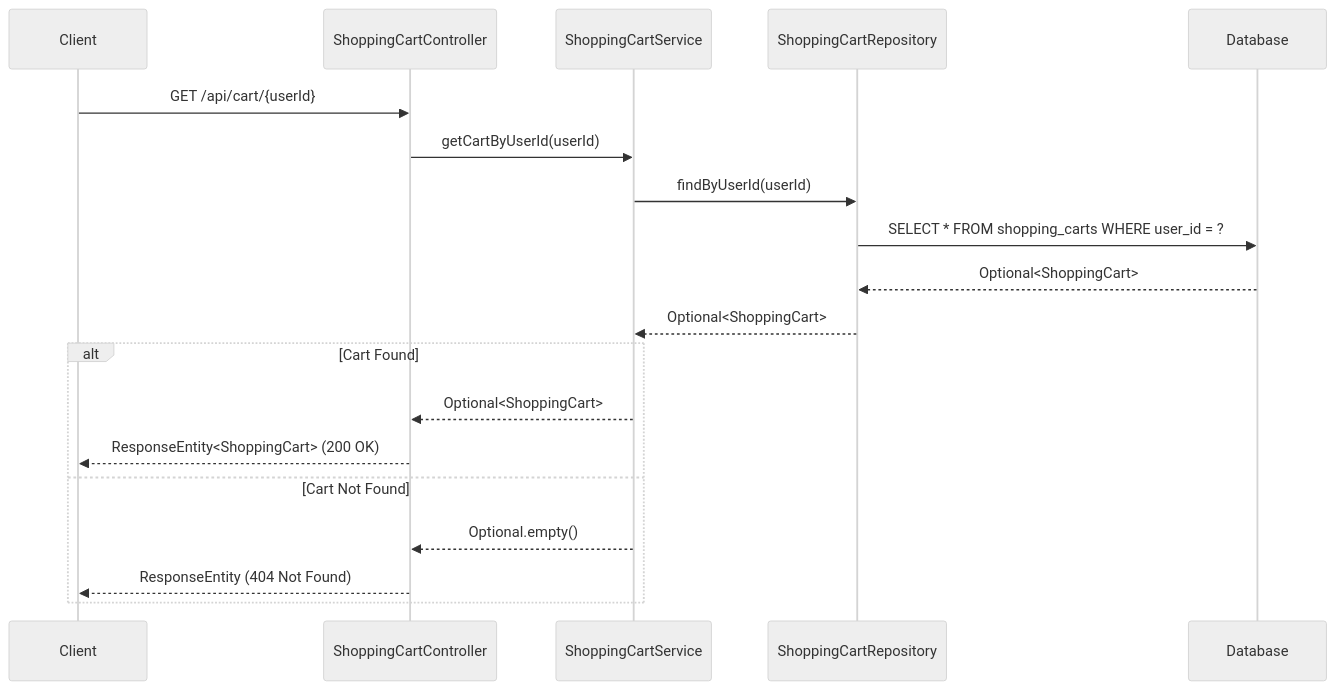
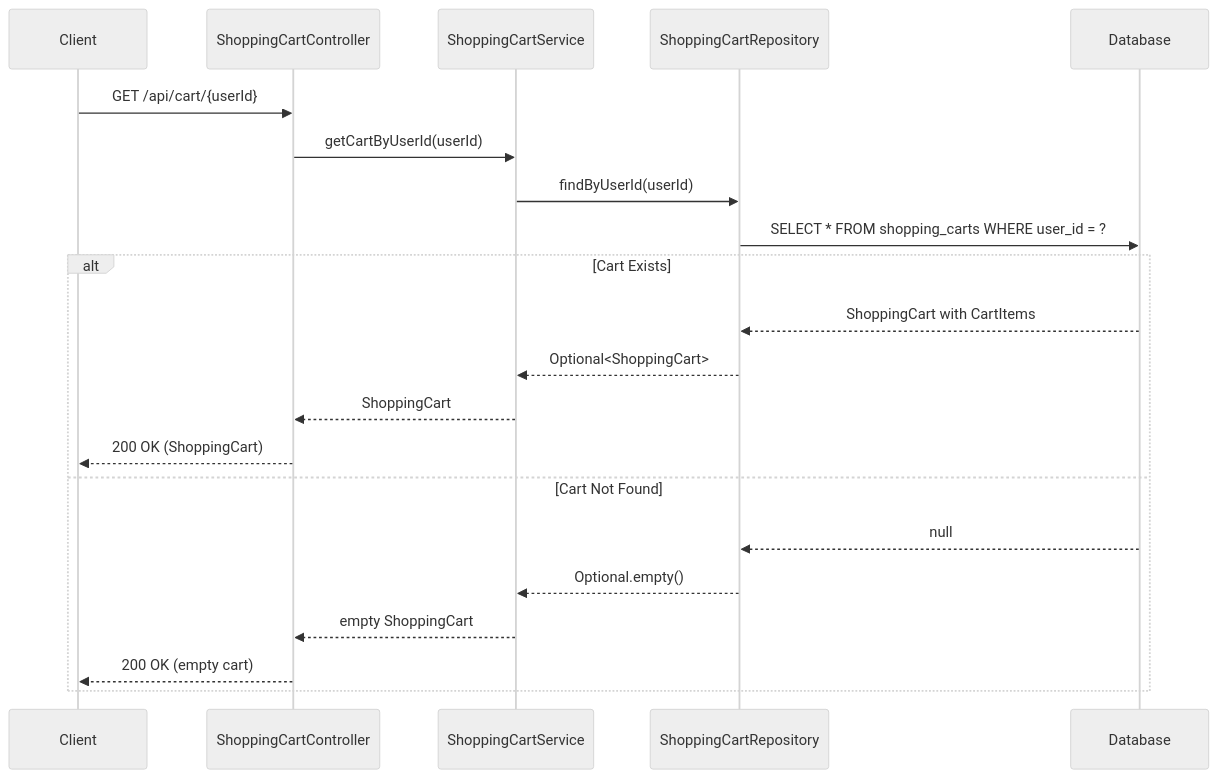
One commit to NavneetBN47/aava-ecom-demo changed diagram 11 of 13 in docs/LLD/modified_lld.md. Above: the diagram before and after it, drawn with Mermaid (neutral theme). The commit also changed other lines of this file, not shown here.

````diff
--- a/docs/LLD/modified_lld.md
+++ b/docs/LLD/modified_lld.md
@@ -431,23 +440,25 @@
 ```mermaid
 sequenceDiagram
     participant Client
     participant ShoppingCartController
     participant ShoppingCartService
     participant ShoppingCartRepository
     participant Database
 
     Client->>ShoppingCartController: GET /api/cart/{userId}
     ShoppingCartController->>ShoppingCartService: getCartByUserId(userId)
     ShoppingCartService->>ShoppingCartRepository: findByUserId(userId)
     ShoppingCartRepository->>Database: SELECT * FROM shopping_carts WHERE user_id = ?
-    Database-->>ShoppingCartRepository: Optional<ShoppingCart>
-    ShoppingCartRepository-->>ShoppingCartService: Optional<ShoppingCart>
     
-    alt Cart Found
-        ShoppingCartService-->>ShoppingCartController: Optional<ShoppingCart>
-        ShoppingCartController-->>Client: ResponseEntity<ShoppingCart> (200 OK)
+    alt Cart Exists
+        Database-->>ShoppingCartRepository: ShoppingCart with CartItems
+        ShoppingCartRepository-->>ShoppingCartService: Optional<ShoppingCart>
+        ShoppingCartService-->>ShoppingCartController: ShoppingCart
+        ShoppingCartController-->>Client: 200 OK (ShoppingCart)
     else Cart Not Found
-        ShoppingCartService-->>ShoppingCartController: Optional.empty()
-        ShoppingCartController-->>Client: ResponseEntity (404 Not Found)
+        Database-->>ShoppingCartRepository: null
+        ShoppingCartRepository-->>ShoppingCartService: Optional.empty()
+        ShoppingCartService-->>ShoppingCartController: empty ShoppingCart
+        ShoppingCartController-->>Client: 200 OK (empty cart)
     end
 ```
````
